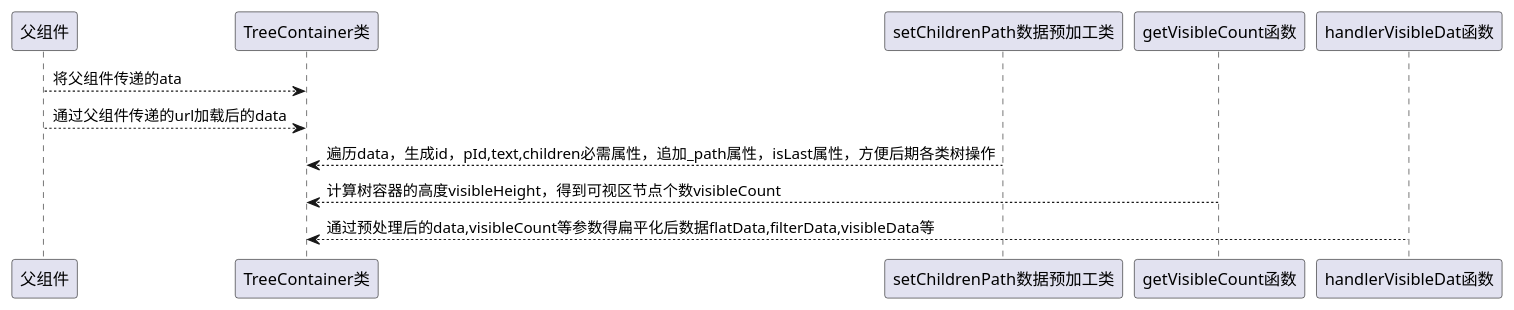
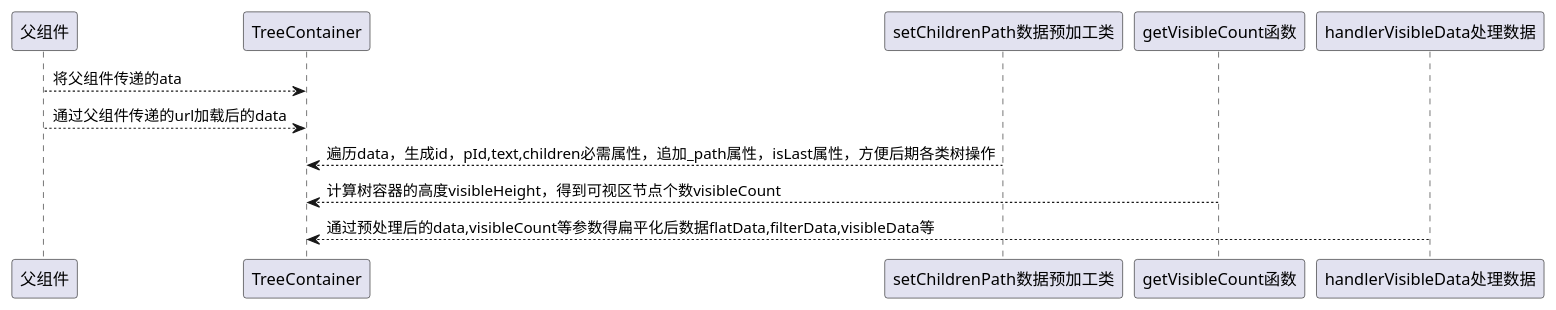
One commit to wangzhiyonglyk/wasabi-tree changed the second of 4 diagrams in README.md. Above: the diagram before and after it, drawn with PlantUML. The commit also changed other lines of this file and 21 other files, not shown here.

````diff
--- a/README.md
+++ b/README.md
@@ -114,9 +124,9 @@
 ```plantuml
 @startuml
-父组件-->TreeContainer类:将父组件传递的ata
-父组件-->TreeContainer类:通过父组件传递的url加载后的data
-setChildrenPath数据预加工类-->TreeContainer类:遍历data，生成id，pId,text,children必需属性，追加_path属性，isLast属性，方便后期各类树操作
-getVisibleCount函数-->TreeContainer类:计算树容器的高度visibleHeight，得到可视区节点个数visibleCount
-handlerVisibleDat函数-->TreeContainer类:通过预处理后的data,visibleCount等参数得扁平化后数据flatData,filterData,visibleData等
+父组件-->TreeContainer:将父组件传递的ata
+父组件-->TreeContainer:通过父组件传递的url加载后的data
+setChildrenPath数据预加工类-->TreeContainer:遍历data，生成id，pId,text,children必需属性，追加_path属性，isLast属性，方便后期各类树操作
+getVisibleCount函数-->TreeContainer:计算树容器的高度visibleHeight，得到可视区节点个数visibleCount
+handlerVisibleData处理数据-->TreeContainer:通过预处理后的data,visibleCount等参数得扁平化后数据flatData,filterData,visibleData等
 @enduml
 ```
````
